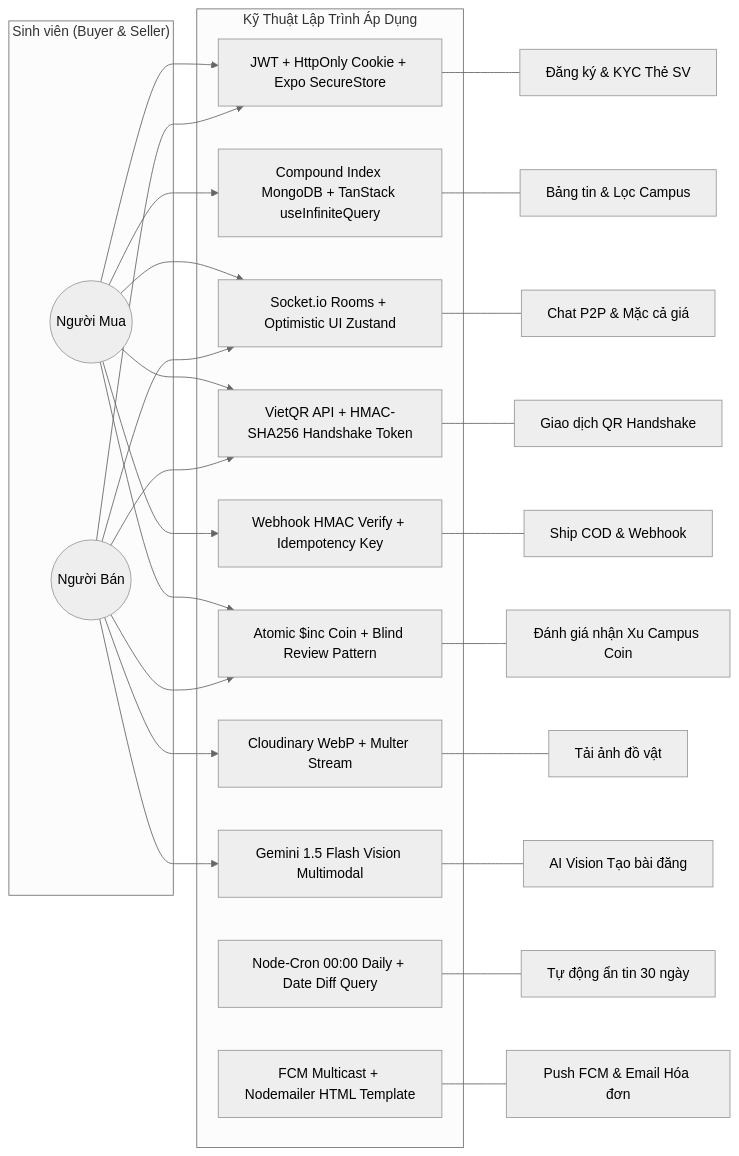
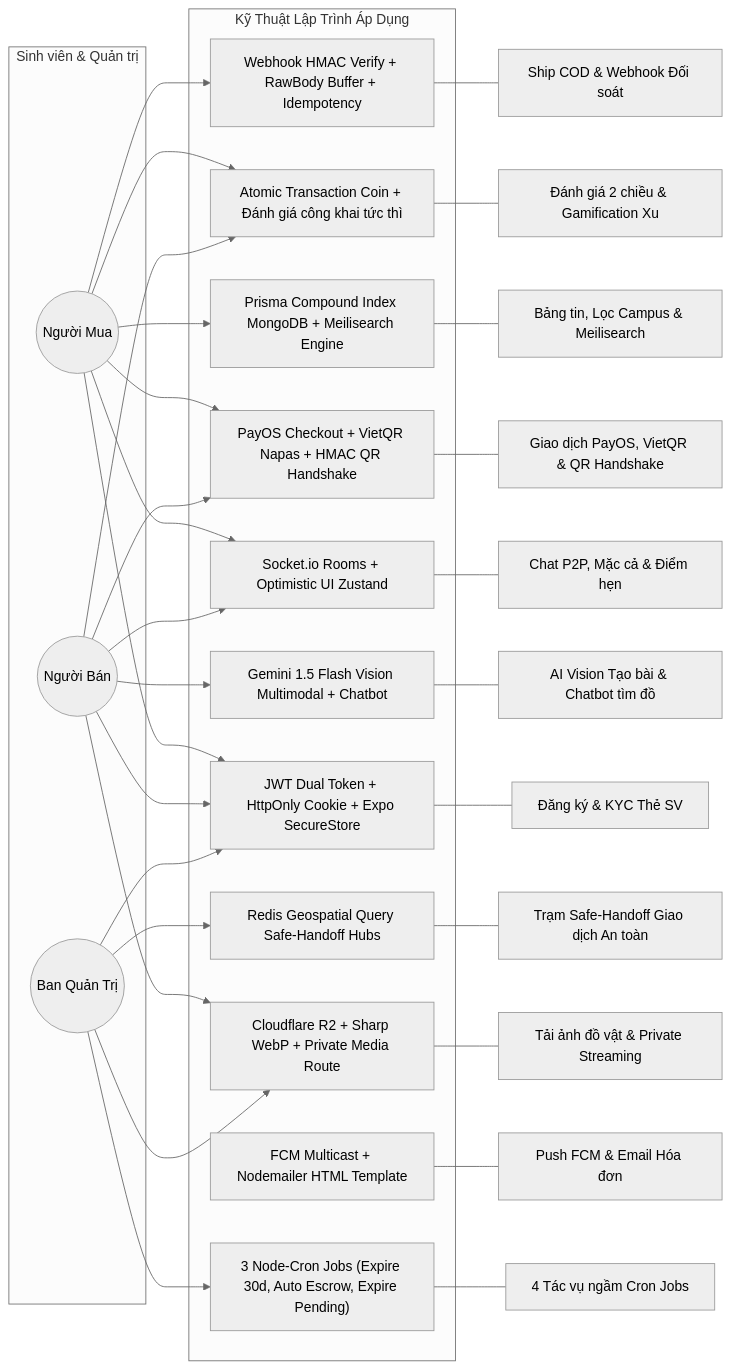
One commit to phongnha230/Market_FU changed the diagram in requirement.md. Above: the diagram before and after it, drawn with Mermaid (neutral theme). The commit also changed other lines of this file and 11 other files, not shown here.

Commit message:
refactor: align docs with codebase, clean up blind review dead code and standardize cloudflare r2

````diff
--- a/requirement.md
+++ b/requirement.md
@@ -30,45 +30,53 @@
 ```mermaid
 graph LR
-    subgraph Users["Sinh viên (Buyer & Seller)"]
+    subgraph Users["Sinh viên & Quản trị"]
         A((Người Mua))
         B((Người Bán))
+        C((Ban Quản Trị))
     end
 
     subgraph TechModules["Kỹ Thuật Lập Trình Áp Dụng"]
-        T1["JWT + HttpOnly Cookie + Expo SecureStore"]
-        T2["Cloudinary WebP + Multer Stream"]
-        T3["Compound Index MongoDB + TanStack useInfiniteQuery"]
-        T4["Gemini 1.5 Flash Vision Multimodal"]
+        T1["JWT Dual Token + HttpOnly Cookie + Expo SecureStore"]
+        T2["Cloudflare R2 + Sharp WebP + Private Media Route"]
+        T3["Prisma Compound Index MongoDB + Meilisearch Engine"]
+        T4["Gemini 1.5 Flash Vision Multimodal + Chatbot"]
         T5["Socket.io Rooms + Optimistic UI Zustand"]
-        T6["VietQR API + HMAC-SHA256 Handshake Token"]
-        T7["Webhook HMAC Verify + Idempotency Key"]
-        T8["Atomic $inc Coin + Blind Review Pattern"]
-        T9["Node-Cron 00:00 Daily + Date Diff Query"]
+        T6["PayOS Checkout + VietQR Napas + HMAC QR Handshake"]
+        T7["Webhook HMAC Verify + RawBody Buffer + Idempotency"]
+        T8["Atomic Transaction Coin + Đánh giá công khai tức thì"]
+        T9["3 Node-Cron Jobs (Expire 30d, Auto Escrow, Expire Pending)"]
         T10["FCM Multicast + Nodemailer HTML Template"]
+        T11["Redis Geospatial Query Safe-Handoff Hubs"]
     end
 
     A --> T1
     A --> T3
     A --> T5
     A --> T6
     A --> T7
     A --> T8
 
     B --> T1
     B --> T2
     B --> T4
     B --> T5
     B --> T6
     B --> T8
 
+    C --> T1
+    C --> T2
+    C --> T9
+    C --> T11
+
     T1 --- UC1[Đăng ký & KYC Thẻ SV]
-    T2 --- UC2[Tải ảnh đồ vật]
-    T3 --- UC3[Bảng tin & Lọc Campus]
-    T4 --- UC4[AI Vision Tạo bài đăng]
-    T5 --- UC5[Chat P2P & Mặc cả giá]
-    T6 --- UC6[Giao dịch QR Handshake]
-    T7 --- UC7[Ship COD & Webhook]
-    T8 --- UC8[Đánh giá nhận Xu Campus Coin]
-    T9 --- UC9[Tự động ẩn tin 30 ngày]
+    T2 --- UC2[Tải ảnh đồ vật & Private Streaming]
+    T3 --- UC3[Bảng tin, Lọc Campus & Meilisearch]
+    T4 --- UC4[AI Vision Tạo bài & Chatbot tìm đồ]
+    T5 --- UC5[Chat P2P, Mặc cả & Điểm hẹn]
+    T6 --- UC6[Giao dịch PayOS, VietQR & QR Handshake]
+    T7 --- UC7[Ship COD & Webhook Đối soát]
+    T8 --- UC8[Đánh giá 2 chiều & Gamification Xu]
+    T9 --- UC9[4 Tác vụ ngầm Cron Jobs]
     T10 --- UC10[Push FCM & Email Hóa đơn]
+    T11 --- UC11[Trạm Safe-Handoff Giao dịch An toàn]
 ```
````
